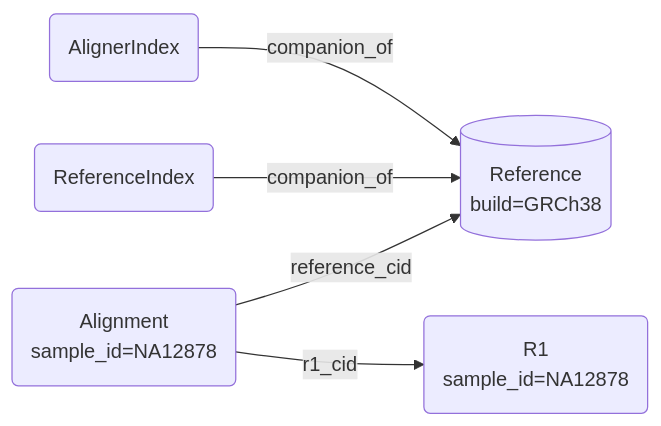
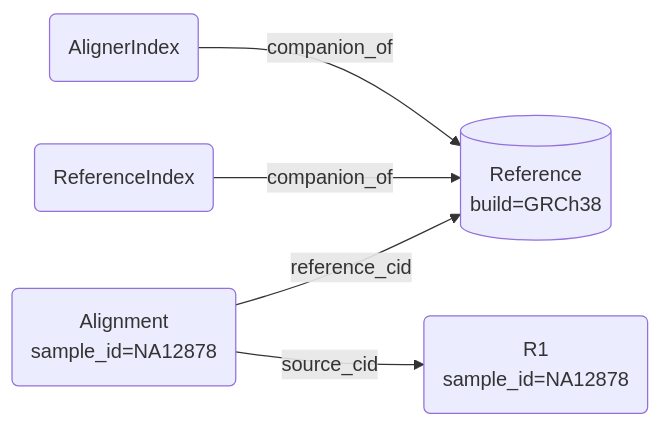
One commit to StargazerBio/stargazer changed the diagram in docs/index.md. Above: the diagram before and after it, drawn with Mermaid. The commit also changed 25 other files, not shown here.

````diff
--- a/docs/index.md
+++ b/docs/index.md
@@ -47,9 +47,9 @@
 ```mermaid
 flowchart LR
     REF[("Reference\nbuild=GRCh38")]
     IDX("AlignerIndex") -->|companion_of| REF
     FAI("ReferenceIndex") -->|companion_of| REF
     R1("R1\nsample_id=NA12878")
     ALN("Alignment\nsample_id=NA12878") -->|reference_cid| REF
-    ALN -->|r1_cid| R1
+    ALN -->|source_cid| R1
 ```
````
